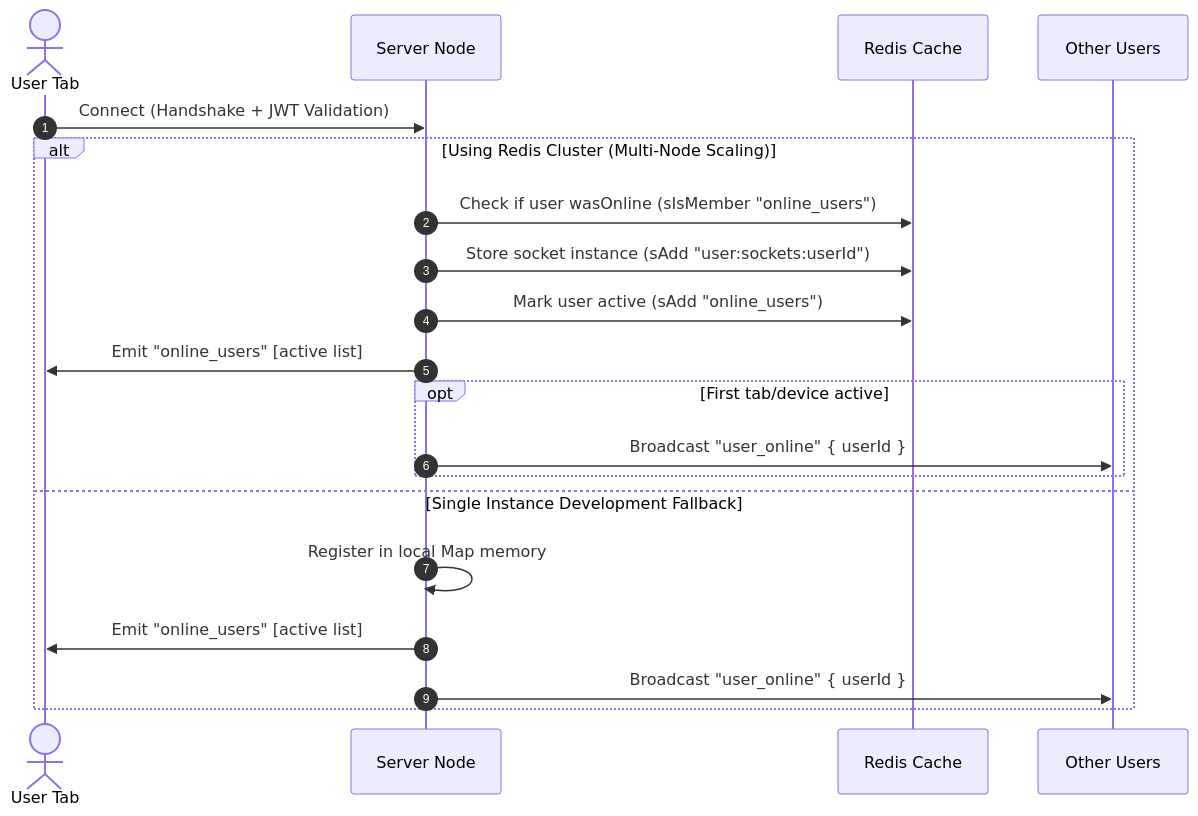
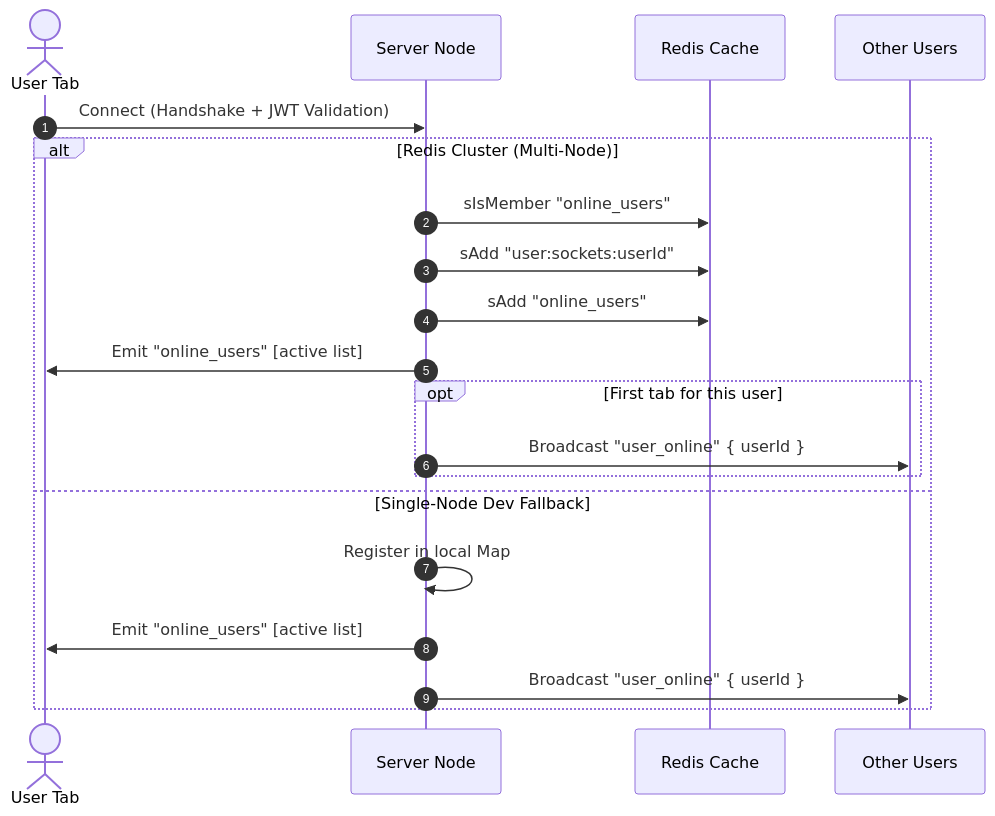
The second of 4 diagrams in README.md (abhirawat03/Rynqor-chat-app), drawn with Mermaid before and after one commit. The commit also changed other lines of this file, not shown here.

````diff
--- a/README.md
+++ b/README.md
@@ -100,23 +139,23 @@
 ```mermaid
 sequenceDiagram
     autonumber
     actor Client as User Tab
     participant Server as Server Node
     participant Redis as Redis Cache
     participant Broadcast as Other Users
 
     Client->>Server: Connect (Handshake + JWT Validation)
-    alt Using Redis Cluster (Multi-Node Scaling)
-        Server->>Redis: Check if user wasOnline (sIsMember "online_users")
-        Server->>Redis: Store socket instance (sAdd "user:sockets:userId")
-        Server->>Redis: Mark user active (sAdd "online_users")
+    alt Redis Cluster (Multi-Node)
+        Server->>Redis: sIsMember "online_users"
+        Server->>Redis: sAdd "user:sockets:userId"
+        Server->>Redis: sAdd "online_users"
         Server->>Client: Emit "online_users" [active list]
-        opt First tab/device active
+        opt First tab for this user
             Server->>Broadcast: Broadcast "user_online" { userId }
         end
-    else Single Instance Development Fallback
-        Server->>Server: Register in local Map memory
+    else Single-Node Dev Fallback
+        Server->>Server: Register in local Map
         Server->>Client: Emit "online_users" [active list]
         Server->>Broadcast: Broadcast "user_online" { userId }
     end
 ```
````
